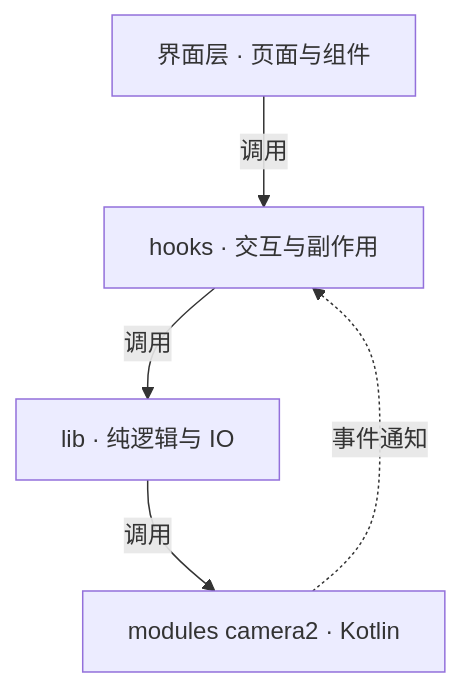
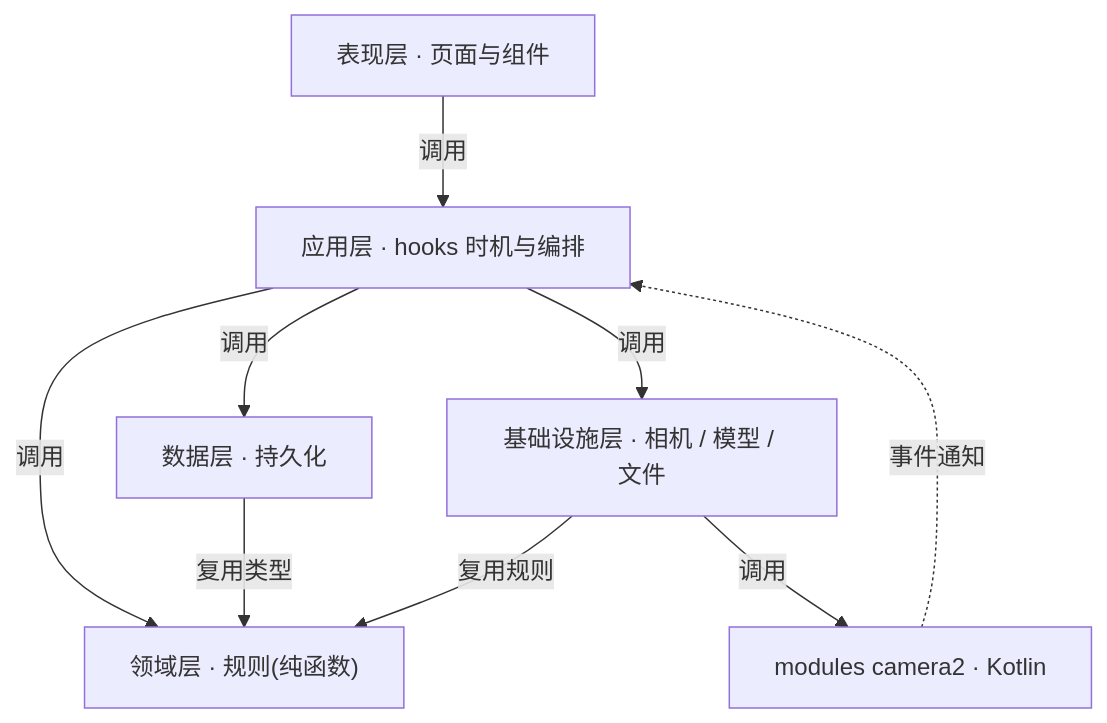
Before and after one commit to summerfallenleaves/ai-guide-photo: the first of 3 diagrams in docs/ARCHITECTURE.md, drawn with Mermaid. The commit also changed other lines of this file and 46 other files, not shown here.

````diff
--- a/docs/ARCHITECTURE.md
+++ b/docs/ARCHITECTURE.md
@@ -12,7 +12,11 @@
 ```mermaid
 flowchart TD
-    UI["界面层 · 页面与组件"] -->|调用| Hooks["hooks · 交互与副作用"]
-    Hooks -->|调用| Lib["lib · 纯逻辑与 IO"]
-    Lib -->|调用| Native["modules camera2 · Kotlin"]
+    UI["表现层 · 页面与组件"] -->|调用| Hooks["应用层 · hooks 时机与编排"]
+    Hooks -->|调用| Domain["领域层 · 规则(纯函数)"]
+    Hooks -->|调用| Data["数据层 · 持久化"]
+    Hooks -->|调用| Infra["基础设施层 · 相机 / 模型 / 文件"]
+    Infra -->|复用规则| Domain
+    Data -->|复用类型| Domain
+    Infra -->|调用| Native["modules camera2 · Kotlin"]
     Native -.->|事件通知| Hooks
 ```
````
